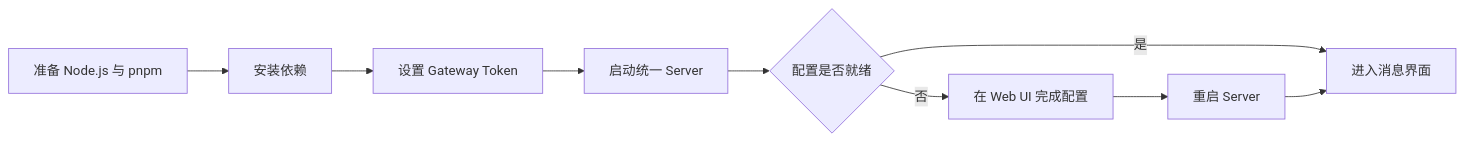
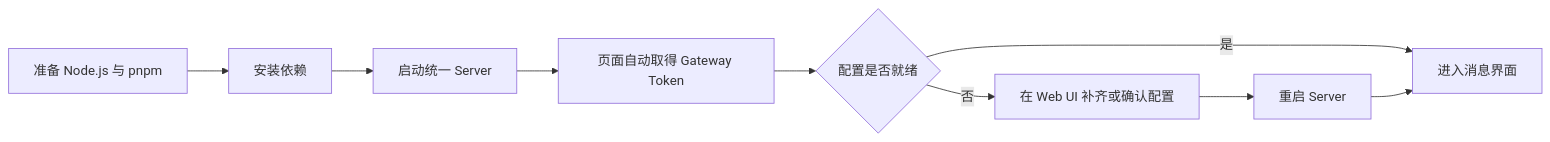
The diagram in docs/guide/index.md (posanbu/Kaguya), drawn with Mermaid before and after one commit. The commit also changed other lines of this file and 18 other files, not shown here.

Commit message:
docs: fill out design user and architecture guides

````diff
--- a/docs/guide/index.md
+++ b/docs/guide/index.md
@@ -26,11 +26,11 @@
 ```mermaid
 flowchart LR
   A[准备 Node.js 与 pnpm] --> B[安装依赖]
-  B --> C[设置 Gateway Token]
-  C --> D[启动统一 Server]
+  B --> C[启动统一 Server]
+  C --> D[页面自动取得 Gateway Token]
   D --> E{配置是否就绪}
-  E -- 否 --> F[在 Web UI 完成配置]
+  E -- 否 --> F[在 Web UI 补齐或确认配置]
   F --> G[重启 Server]
   E -- 是 --> H[进入消息界面]
   G --> H
 ```
````
